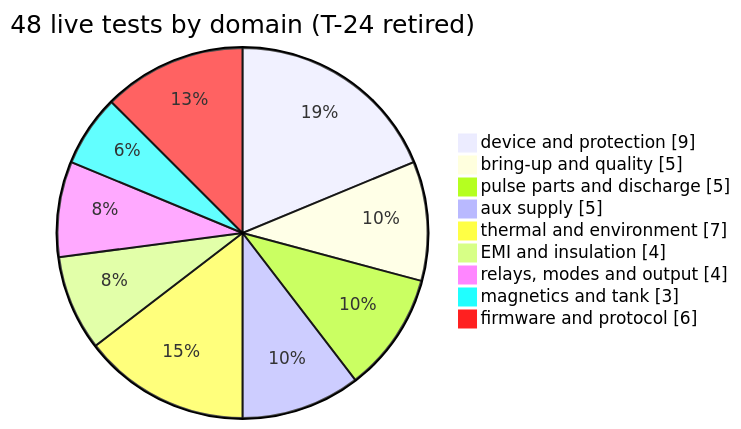
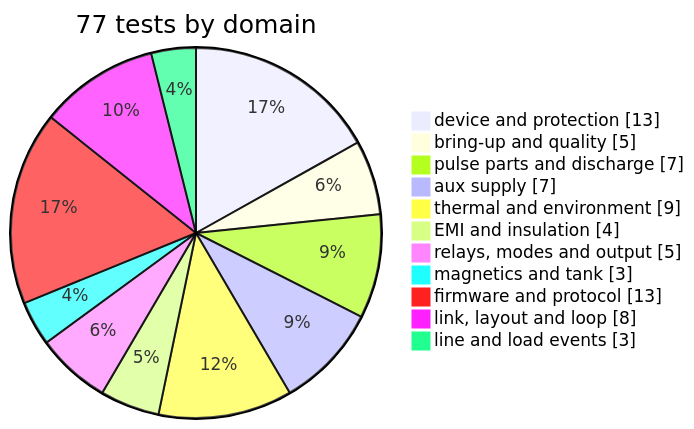
Before and after one commit to vectivolt/DC-Modules: the first of 2 diagrams in docs/evt-plan.md, drawn with Mermaid. The commit also changed other lines of this file and 802 other files, not shown here.

````diff
--- a/docs/evt-plan.md
+++ b/docs/evt-plan.md
@@ -43,12 +43,14 @@
 ```mermaid
-pie showData title 48 live tests by domain (T-24 retired)
-  "device and protection" : 9
+pie showData title 77 tests by domain
+  "device and protection" : 13
   "bring-up and quality" : 5
-  "pulse parts and discharge" : 5
-  "aux supply" : 5
-  "thermal and environment" : 7
+  "pulse parts and discharge" : 7
+  "aux supply" : 7
+  "thermal and environment" : 9
   "EMI and insulation" : 4
-  "relays, modes and output" : 4
+  "relays, modes and output" : 5
   "magnetics and tank" : 3
-  "firmware and protocol" : 6
+  "firmware and protocol" : 13
+  "link, layout and loop" : 8
+  "line and load events" : 3
 ```
````
